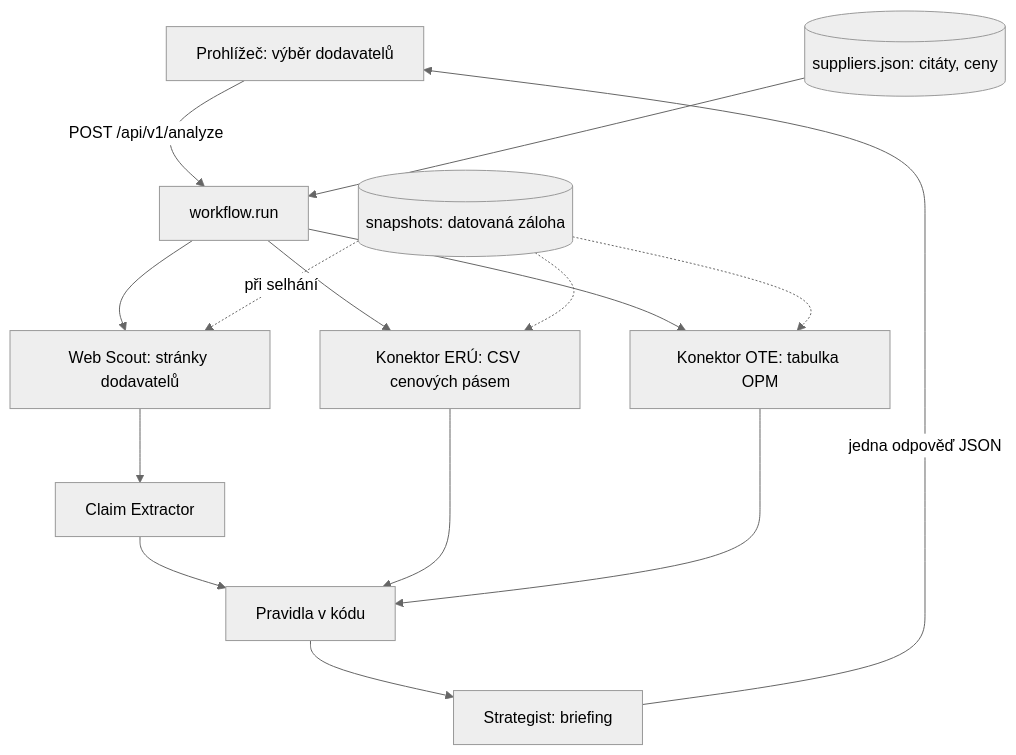
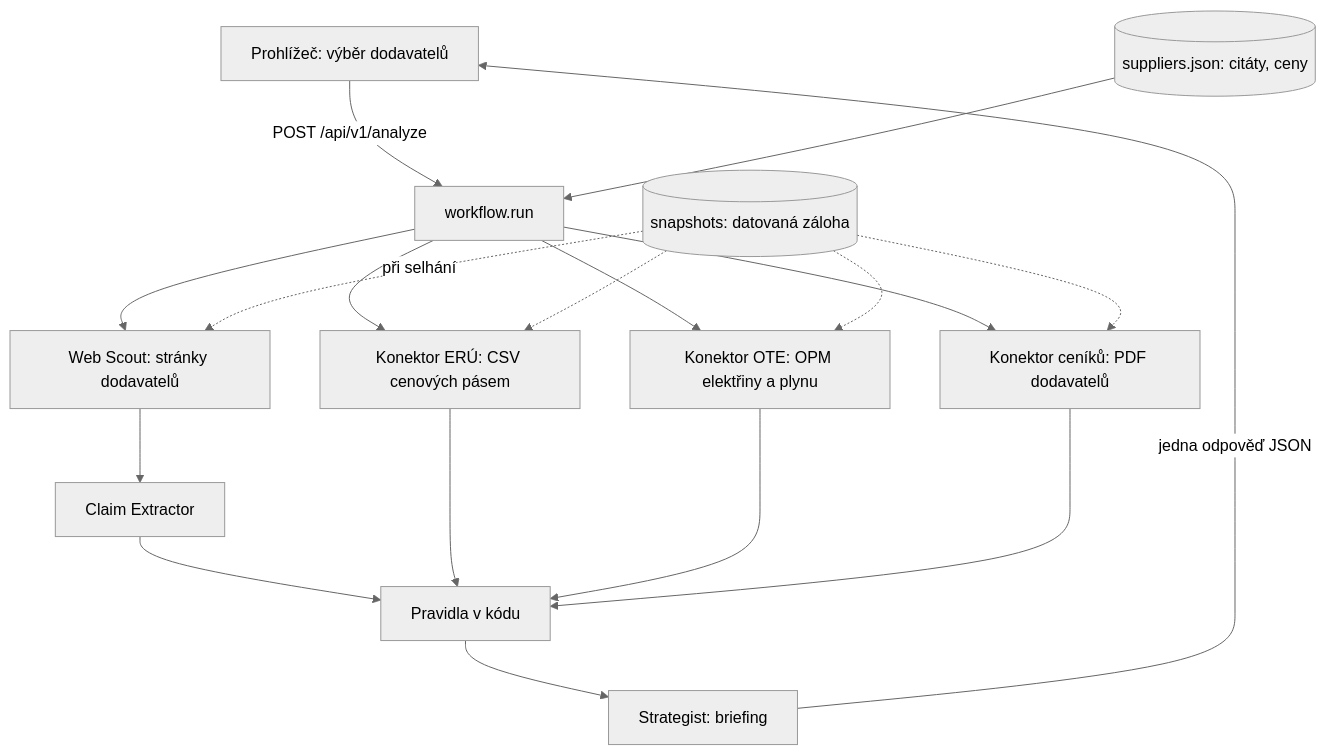
One commit to KTomsa/competitive-intelligence changed the diagram in docs/ARCHITECTURE.md. Above: the diagram before and after it, drawn with Mermaid (neutral theme). The commit also changed other lines of this file and 59 other files, not shown here.

````diff
--- a/docs/ARCHITECTURE.md
+++ b/docs/ARCHITECTURE.md
@@ -11,17 +11,20 @@
 ```mermaid
 flowchart TB
     B[Prohlížeč: výběr dodavatelů] -->|POST /api/v1/analyze| W[workflow.run]
     W --> S[Web Scout: stránky dodavatelů]
     W --> E[Konektor ERÚ: CSV cenových pásem]
-    W --> O[Konektor OTE: tabulka OPM]
+    W --> O[Konektor OTE: OPM elektřiny a plynu]
+    W --> C[Konektor ceníků: PDF dodavatelů]
     P[(suppliers.json: citáty, ceny)] --> W
     S --> X[Claim Extractor]
     X --> R[Pravidla v kódu]
     E --> R
     O --> R
+    C --> R
     R --> T[Strategist: briefing]
     T -->|jedna odpověď JSON| B
     SN[(snapshots: datovaná záloha)] -.při selhání.-> S
     SN -.-> E
     SN -.-> O
+    SN -.-> C
 ```
````
